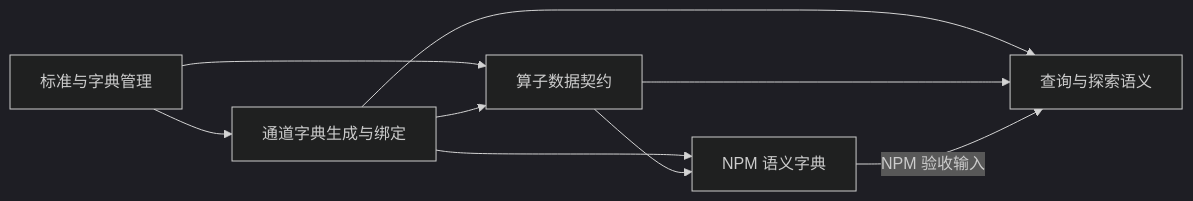
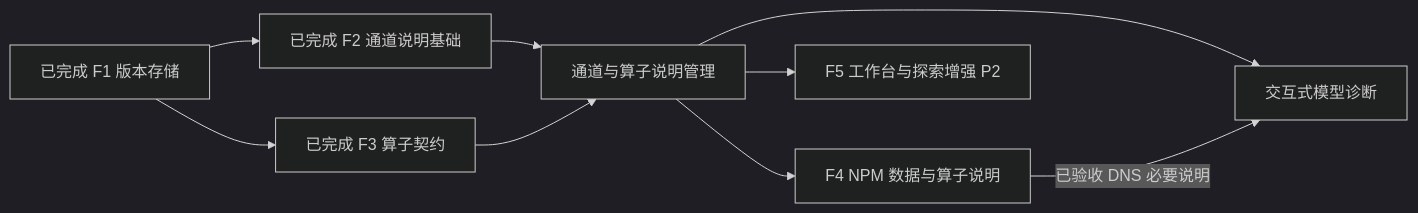
Before and after one commit to leesanyu/flowsql: the diagram in tasks/specs/epic-data-semantics-dictionary.md, drawn with Mermaid (dark theme). The commit also changed other lines of this file and 573 other files, not shown here.

````diff
--- a/tasks/specs/epic-data-semantics-dictionary.md
+++ b/tasks/specs/epic-data-semantics-dictionary.md
@@ -135,11 +129,11 @@
 ```mermaid
 flowchart LR
-    F1[标准与字典管理] --> F2[通道字典生成与绑定]
-    F1 --> F3[算子数据契约]
-    F2 --> F3
-    F2 --> F4[NPM 语义字典]
-    F3 --> F4
-    F2 --> F5[查询与探索语义]
-    F3 --> F5
-    F4 -->|NPM 验收输入| F5
+    F1[已完成 F1 版本存储] --> F2[已完成 F2 通道说明基础]
+    F1 --> F3[已完成 F3 算子契约]
+    F2 --> M[通道与算子说明管理]
+    F3 --> M
+    M --> F4[F4 NPM 数据与算子说明]
+    M --> L[交互式模型诊断]
+    F4 -->|已验收 DNS 必要说明| L
+    M --> F5[F5 工作台与探索增强 P2]
 ```
````
